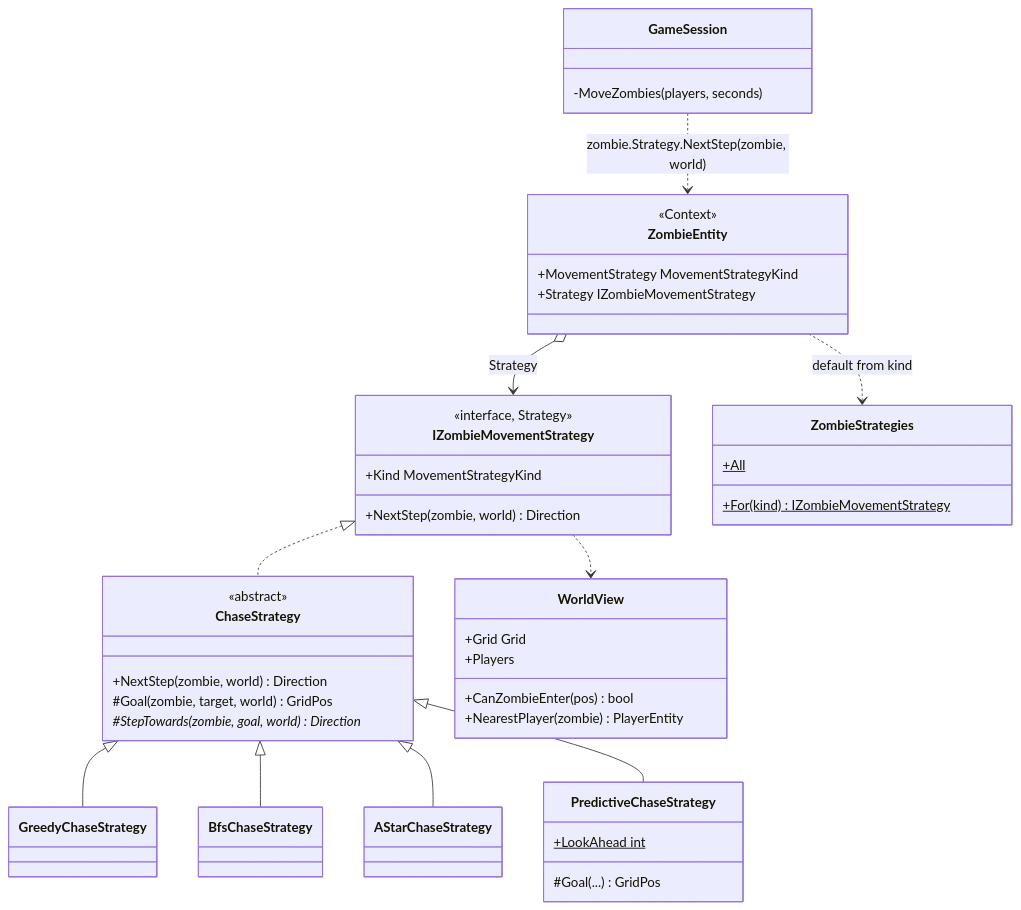
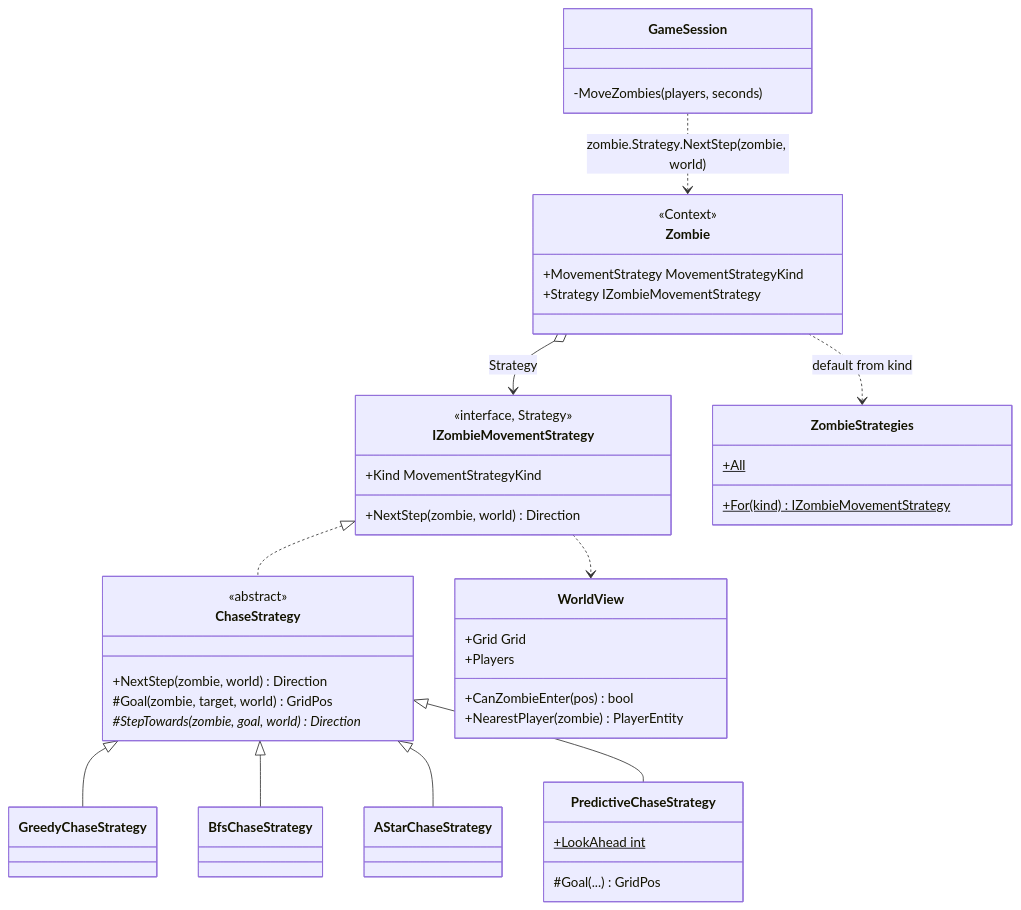
The second of 2 diagrams in docs/patterns/Strategy.md (YoBoyJonas/OPP), drawn with Mermaid before and after one commit. The commit also changed other lines of this file and 21 other files, not shown here.

````diff
--- a/docs/patterns/Strategy.md
+++ b/docs/patterns/Strategy.md
@@ -66,48 +66,48 @@
 ```mermaid
 classDiagram
     class IZombieMovementStrategy {
         <<interface, Strategy>>
         +Kind MovementStrategyKind
         +NextStep(zombie, world) Direction
     }
     class ChaseStrategy {
         <<abstract>>
         +NextStep(zombie, world) Direction
         #Goal(zombie, target, world) GridPos
         #StepTowards(zombie, goal, world)* Direction
     }
     class GreedyChaseStrategy
     class BfsChaseStrategy
     class AStarChaseStrategy
     class PredictiveChaseStrategy {
         +LookAhead int$
         #Goal(...) GridPos
     }
-    class ZombieEntity {
+    class Zombie {
         <<Context>>
         +MovementStrategy MovementStrategyKind
         +Strategy IZombieMovementStrategy
     }
     class WorldView {
         +Grid Grid
         +Players
         +CanZombieEnter(pos) bool
         +NearestPlayer(zombie) PlayerEntity
     }
     class ZombieStrategies {
         +All$
         +For(kind)$ IZombieMovementStrategy
     }
     class GameSession {
         -MoveZombies(players, seconds)
     }
     IZombieMovementStrategy <|.. ChaseStrategy
     ChaseStrategy <|-- GreedyChaseStrategy
     ChaseStrategy <|-- BfsChaseStrategy
     ChaseStrategy <|-- AStarChaseStrategy
     ChaseStrategy <|-- PredictiveChaseStrategy
-    ZombieEntity o--> IZombieMovementStrategy : Strategy
-    ZombieEntity ..> ZombieStrategies : default from kind
+    Zombie o--> IZombieMovementStrategy : Strategy
+    Zombie ..> ZombieStrategies : default from kind
     IZombieMovementStrategy ..> WorldView
-    GameSession ..> ZombieEntity : zombie.Strategy.NextStep(zombie, world)
+    GameSession ..> Zombie : zombie.Strategy.NextStep(zombie, world)
 ```
````
